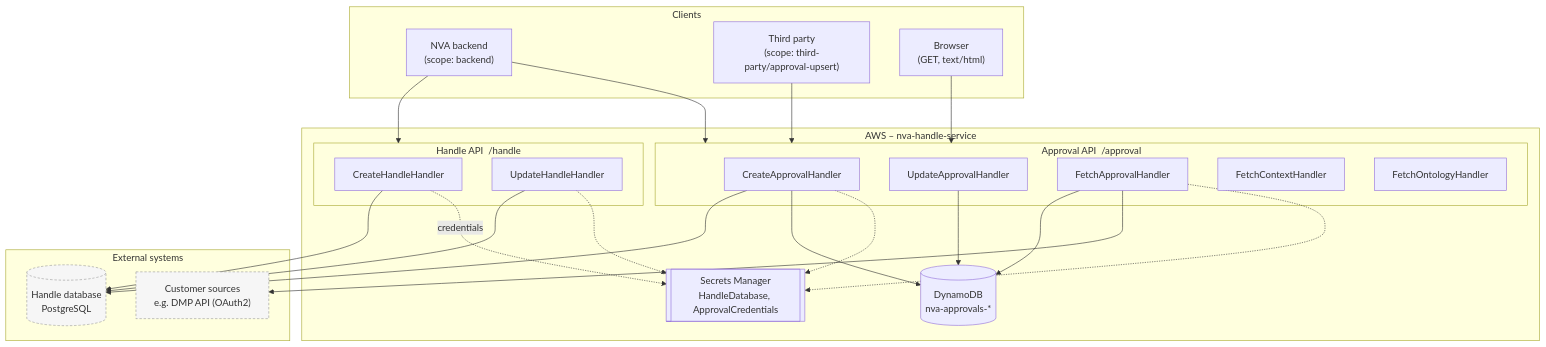
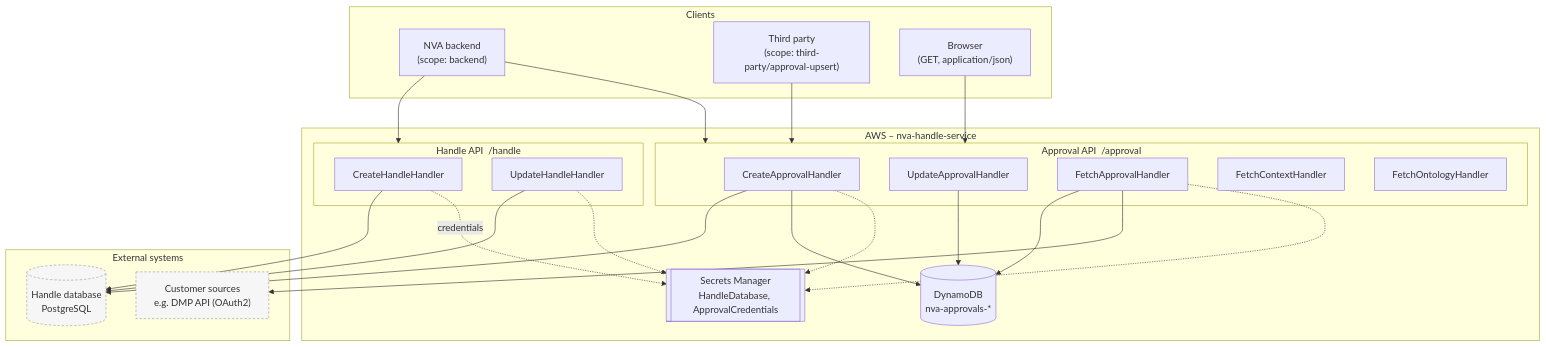
One commit to BIBSYSDEV/nva-handle-service changed the diagram in README.md. Above: the diagram before and after it, drawn with Mermaid. The commit also changed 22 other files, not shown here.

````diff
--- a/README.md
+++ b/README.md
@@ -20,52 +20,52 @@
 ```mermaid
 flowchart TB
     subgraph clients["Clients"]
         NVA["NVA backend<br/>(scope: backend)"]
         THIRD["Third party<br/>(scope: third-party/approval-upsert)"]
-        BROWSER["Browser<br/>(GET, text/html)"]
+        BROWSER["Browser<br/>(GET, application/json)"]
     end
 
     subgraph aws["AWS – nva-handle-service"]
         subgraph handleApi["Handle API &nbsp;/handle"]
             CH["CreateHandleHandler"]
             UH["UpdateHandleHandler"]
         end
 
         subgraph approvalsApi["Approval API &nbsp;/approval"]
             CA["CreateApprovalHandler"]
             UA["UpdateApprovalHandler"]
             FA["FetchApprovalHandler"]
             FC["FetchContextHandler"]
             FO["FetchOntologyHandler"]
         end
 
         DDB[("DynamoDB<br/>nva-approvals-*")]
         SM[["Secrets Manager<br/>HandleDatabase, ApprovalCredentials"]]
     end
 
     subgraph external["External systems"]
         PG[("Handle database<br/>PostgreSQL")]
         DMP["Customer sources<br/>e.g. DMP API (OAuth2)"]
     end
 
     NVA --> handleApi
     NVA --> approvalsApi
     THIRD --> approvalsApi
     BROWSER --> approvalsApi
 
     CH --> PG
     UH --> PG
     CA --> PG
     CA --> DDB
     UA --> DDB
     FA --> DDB
     FA --> DMP
 
     CH -.credentials.-> SM
     UH -.-> SM
     CA -.-> SM
     FA -.-> SM
 
     classDef ext fill:#f6f6f6,stroke:#999,stroke-dasharray: 4 3
     class PG,DMP ext
 ```
````
